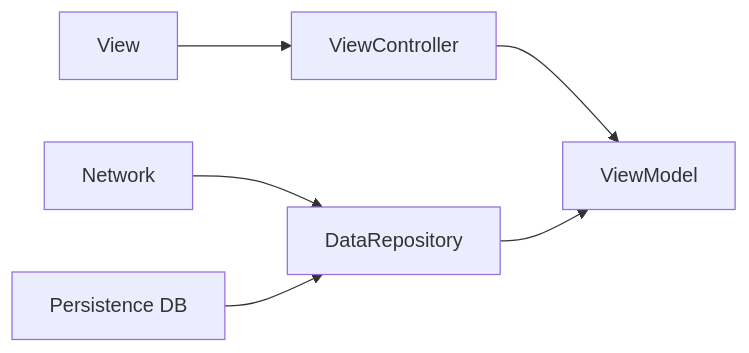
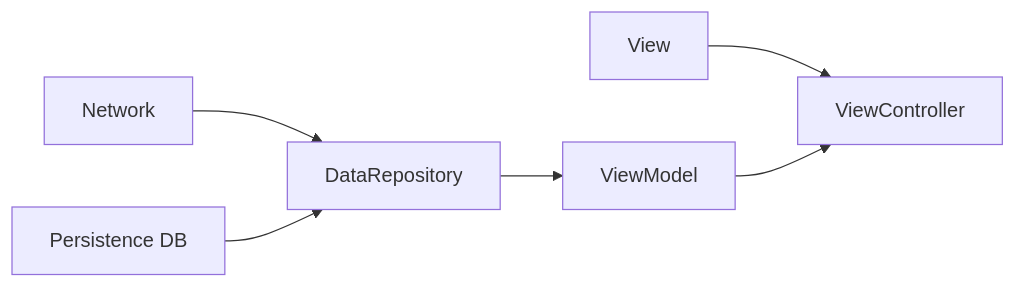
The diagram in README.md (JongHyunLee84/BYM-BoostYourMuscle), drawn with Mermaid before and after one commit.

````diff
--- a/README.md
+++ b/README.md
@@ -18,7 +18,8 @@
 ```mermaid
 graph LR
-A[View] --> B[ViewController] --> C[ViewModel]
+A[View] --> B[ViewController]
+C[ViewModel] --> B
 D[DataRepository] --> C
 E[Network] --> D
 F[Persistence DB] --> D
 ```
````
